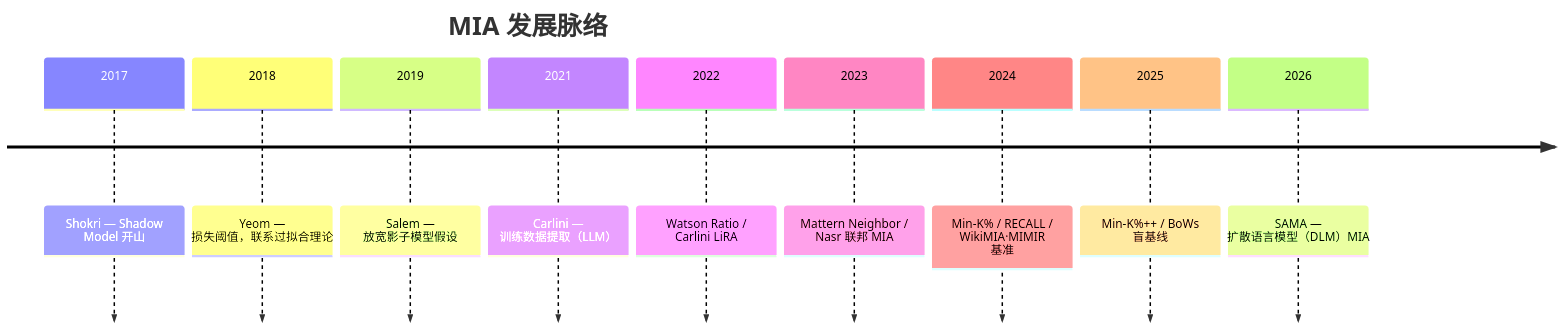
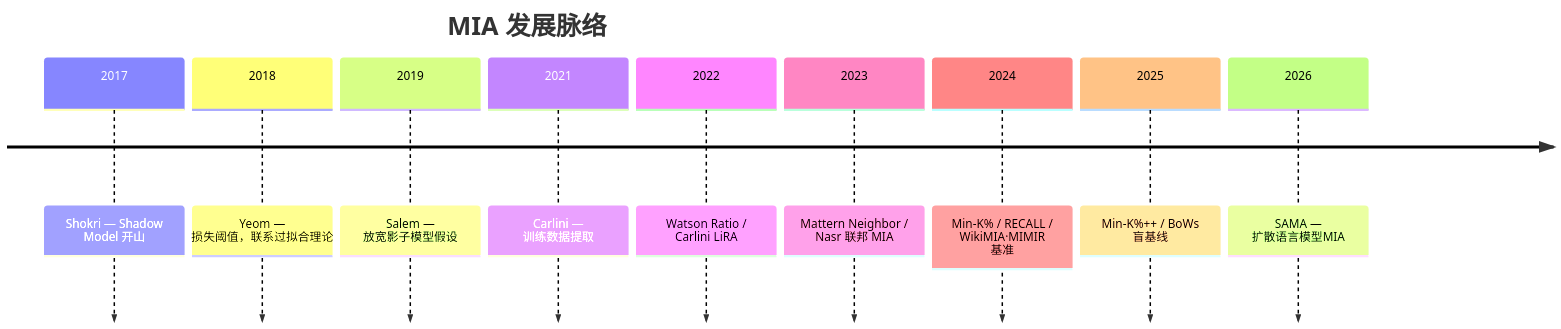
The first of 2 diagrams in docs/ai-note/llm-safety/mia.md (ycvenopyer/my-blog), drawn with Mermaid before and after one commit. The commit also changed other lines of this file, not shown here.

````diff
--- a/docs/ai-note/llm-safety/mia.md
+++ b/docs/ai-note/llm-safety/mia.md
@@ -23,13 +23,13 @@
 ```mermaid
 timeline
   title MIA 发展脉络
   2017 : Shokri — Shadow Model 开山
   2018 : Yeom — 损失阈值，联系过拟合理论
   2019 : Salem — 放宽影子模型假设
-  2021 : Carlini — 训练数据提取（LLM）
+  2021 : Carlini — 训练数据提取
   2022 : Watson Ratio / Carlini LiRA
   2023 : Mattern Neighbor / Nasr 联邦 MIA
   2024 : Min-K% / RECALL / WikiMIA·MIMIR 基准
   2025 : Min-K%++ / BoWs 盲基线
-  2026 : SAMA — 扩散语言模型（DLM）MIA
+  2026 : SAMA — 扩散语言模型MIA
 ```
````
